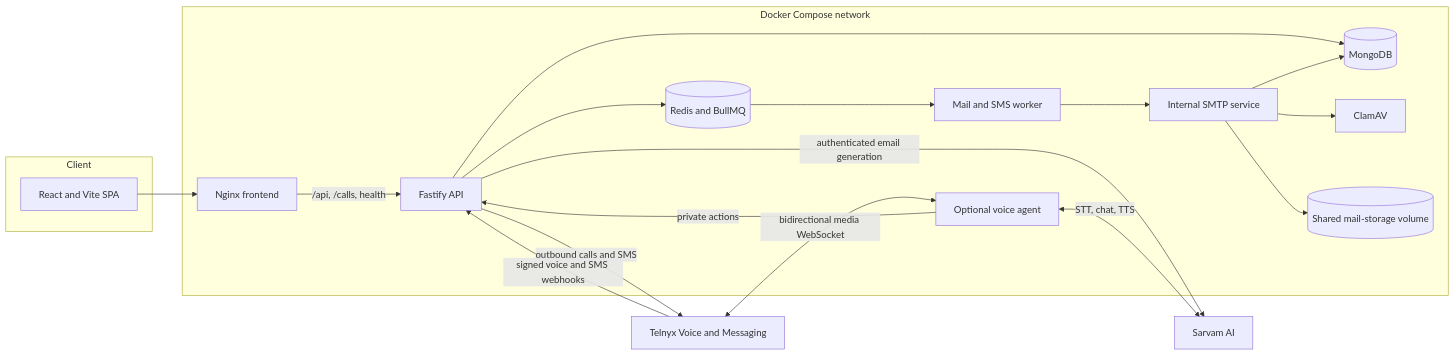
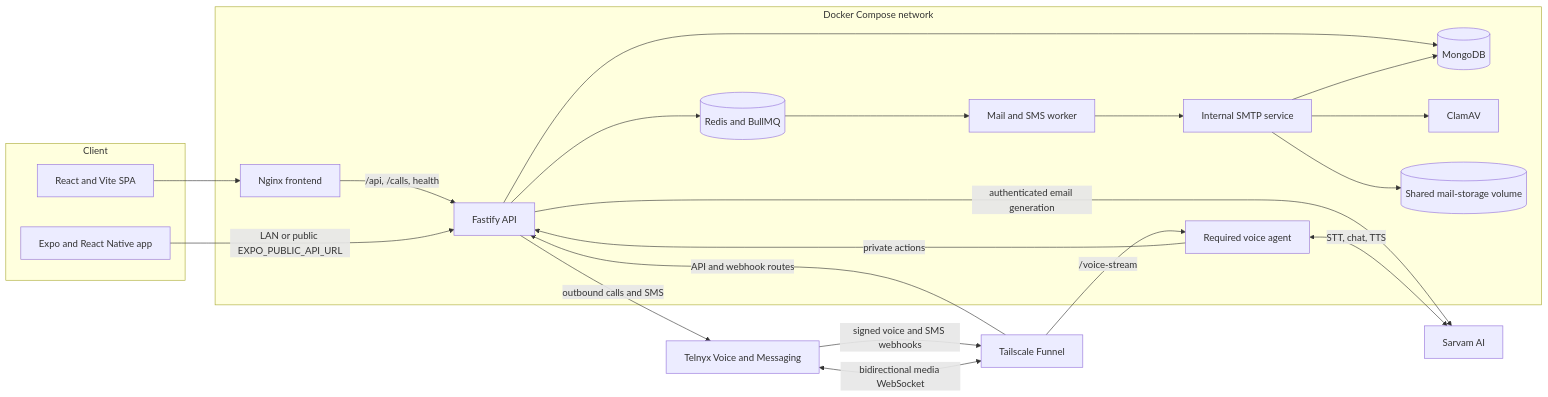
Before and after one commit to TS47Andres/Syscall: the first of 2 diagrams in ARCHITECTURE.md, drawn with Mermaid. The commit also changed other lines of this file and 4 other files, not shown here.

````diff
--- a/ARCHITECTURE.md
+++ b/ARCHITECTURE.md
@@ -11,34 +11,39 @@
 ```mermaid
 flowchart LR
   subgraph Client[Client]
     Browser[React and Vite SPA]
+    Mobile[Expo and React Native app]
   end
   subgraph Compose[Docker Compose network]
     Nginx[Nginx frontend]
     API[Fastify API]
     Mongo[(MongoDB)]
     Redis[(Redis and BullMQ)]
     Worker[Mail and SMS worker]
     SMTP[Internal SMTP service]
     AV[ClamAV]
     Store[(Shared mail-storage volume)]
-    Voice[Optional voice agent]
+    Voice[Required voice agent]
   end
   Telnyx[Telnyx Voice and Messaging]
+  Funnel[Tailscale Funnel]
   Sarvam[Sarvam AI]
   Browser --> Nginx
   Nginx -->|/api, /calls, health| API
+  Mobile -->|LAN or public EXPO_PUBLIC_API_URL| API
   API --> Mongo
   API --> Redis
   API -->|authenticated email generation| Sarvam
   API -->|outbound calls and SMS| Telnyx
-  Telnyx -->|signed voice and SMS webhooks| API
-  Telnyx <-->|bidirectional media WebSocket| Voice
+  Telnyx -->|signed voice and SMS webhooks| Funnel
+  Funnel -->|API and webhook routes| API
+  Telnyx <-->|bidirectional media WebSocket| Funnel
+  Funnel -->|/voice-stream| Voice
   Voice -->|private actions| API
   Voice <-->|STT, chat, TTS| Sarvam
   Redis --> Worker
   Worker --> SMTP
   SMTP --> AV
   SMTP --> Mongo
   SMTP --> Store
 ```
````
